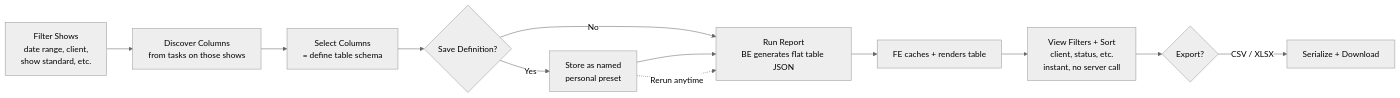
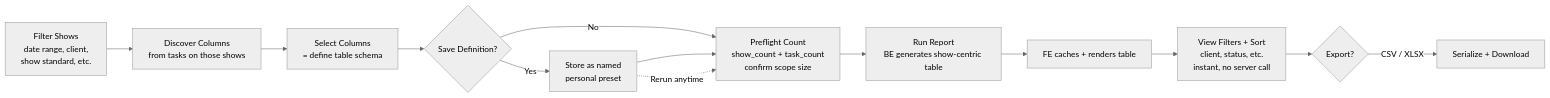
One commit to allenlin90/eridu-services changed the first of 5 diagrams in docs/prd/task-submission-reporting.md. Above: the diagram before and after it, drawn with Mermaid (neutral theme). The commit also changed other lines of this file and 2 other files, not shown here.

First line of the commit message:
docs(task-submission-reporting): add shared metrics management and refine design

````diff
--- a/docs/prd/task-submission-reporting.md
+++ b/docs/prd/task-submission-reporting.md
@@ -46,14 +50,15 @@
 ```mermaid
 flowchart LR
     A[Filter Shows<br/>date range, client,<br/>show standard, etc.] --> B[Discover Columns<br/>from tasks on those shows]
     B --> C[Select Columns<br/>= define table schema]
     C --> S{Save Definition?}
     S -->|Yes| I[Store as named<br/>personal preset]
-    S -->|No| D
-    I --> D[Run Report<br/>BE generates flat table JSON]
+    S -->|No| P
+    I --> P[Preflight Count<br/>show_count + task_count<br/>confirm scope size]
+    P --> D[Run Report<br/>BE generates show-centric table]
     D --> F[FE caches + renders table]
     F --> V[View Filters + Sort<br/>client, status, etc.<br/>instant, no server call]
     V --> G{Export?}
     G -->|CSV / XLSX| H[Serialize + Download]
-    I -.->|Rerun anytime| D
+    I -.->|Rerun anytime| P
 ```
````
